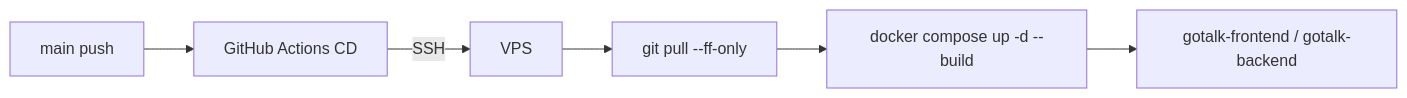
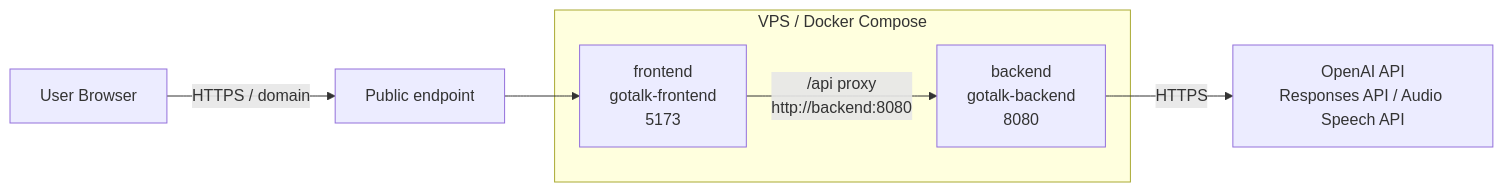
One commit to shin-arita/gotalk changed the diagram in docs/infrastructure.md. Above: the diagram before and after it, drawn with Mermaid. The commit also changed other lines of this file and 13 other files, not shown here.

````diff
--- a/docs/infrastructure.md
+++ b/docs/infrastructure.md
@@ -57,8 +34,12 @@
 ```mermaid
 flowchart LR
-  Main[main push] --> Actions[GitHub Actions CD]
-  Actions -->|SSH| VPS[VPS]
-  VPS --> Pull[git pull --ff-only]
-  Pull --> Compose[docker compose up -d --build]
-  Compose --> App[gotalk-frontend / gotalk-backend]
+  User[User Browser] -->|HTTPS / domain| Public[Public endpoint]
+  Public --> Frontend[frontend<br/>gotalk-frontend<br/>5173]
+  Frontend -->|/api proxy<br/>http://backend:8080| Backend[backend<br/>gotalk-backend<br/>8080]
+  Backend -->|HTTPS| OpenAI[OpenAI API<br/>Responses API / Audio Speech API]
+
+  subgraph VPS[VPS / Docker Compose]
+    Frontend
+    Backend
+  end
 ```
````
